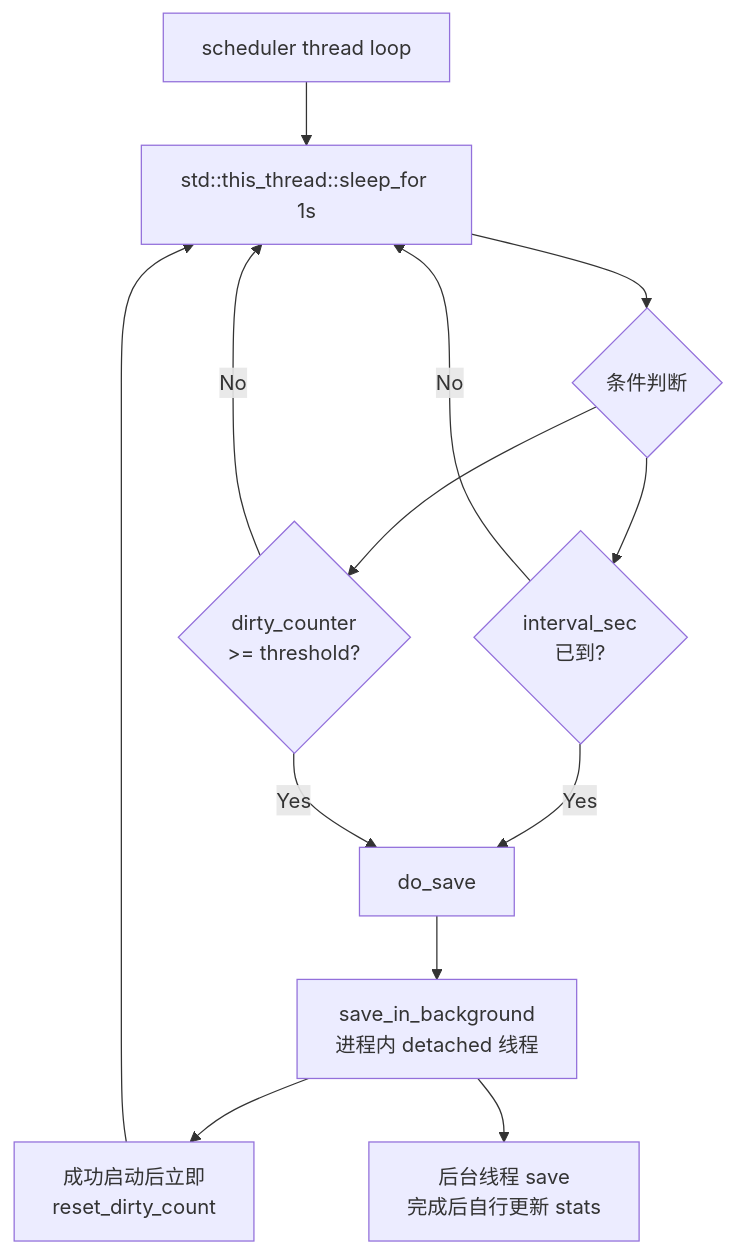
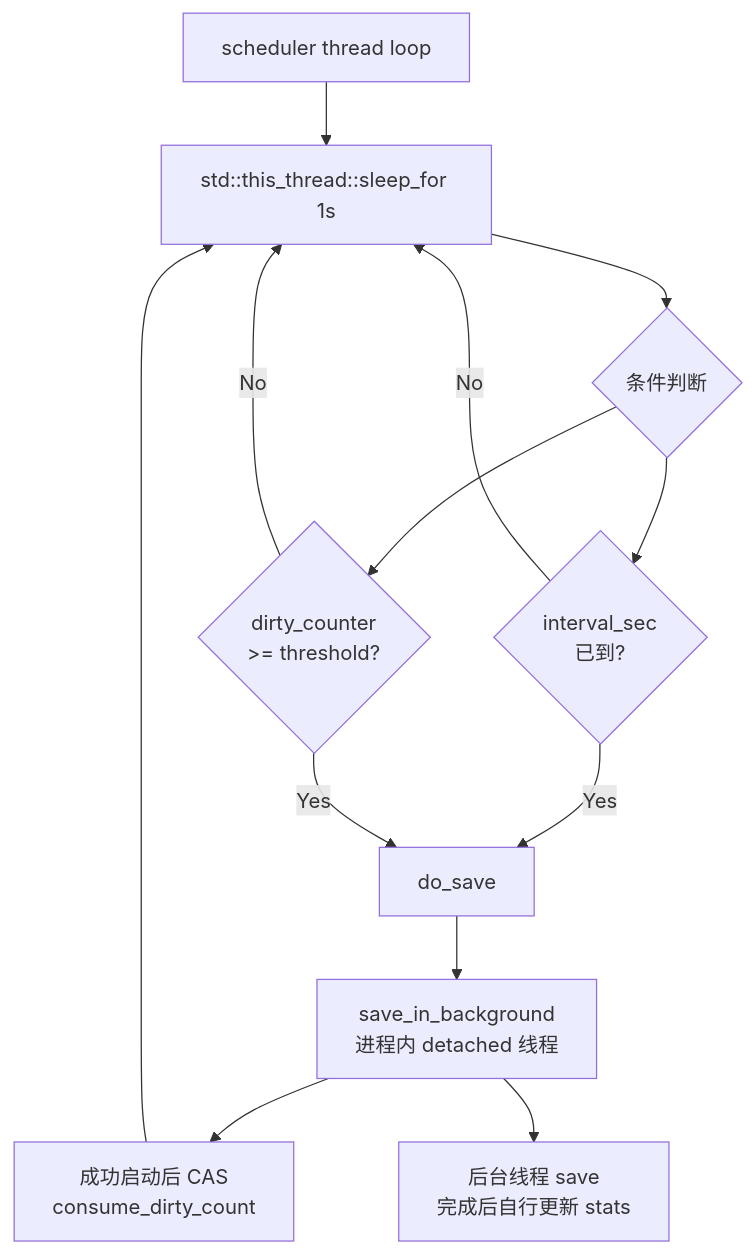
One commit to zimingttkx/ConcurrentCache changed the second of 3 diagrams in docs/architecture/persistence.md. Above: the diagram before and after it, drawn with Mermaid. The commit also changed other lines of this file and 14 other files, not shown here.

````diff
--- a/docs/architecture/persistence.md
+++ b/docs/architecture/persistence.md
@@ -113,15 +113,15 @@
 ```mermaid
 flowchart TB
     S[scheduler thread loop] --> SL[std::this_thread::sleep_for 1s]
     SL --> CK{条件判断}
     CK --> C1{interval_sec<br/>已到?}
     CK --> C2{dirty_counter<br/>>= threshold?}
     C1 -->|Yes| DO[do_save]
     C2 -->|Yes| DO
     C1 -->|No| SL
     C2 -->|No| SL
     DO --> BG[save_in_background<br/>进程内 detached 线程]
-    BG --> RES[成功启动后立即<br/>reset_dirty_count]
+    BG --> RES[成功启动后 CAS<br/>consume_dirty_count]
     RES --> SL
     BG --> BT[后台线程 save<br/>完成后自行更新 stats]
 ```
````
